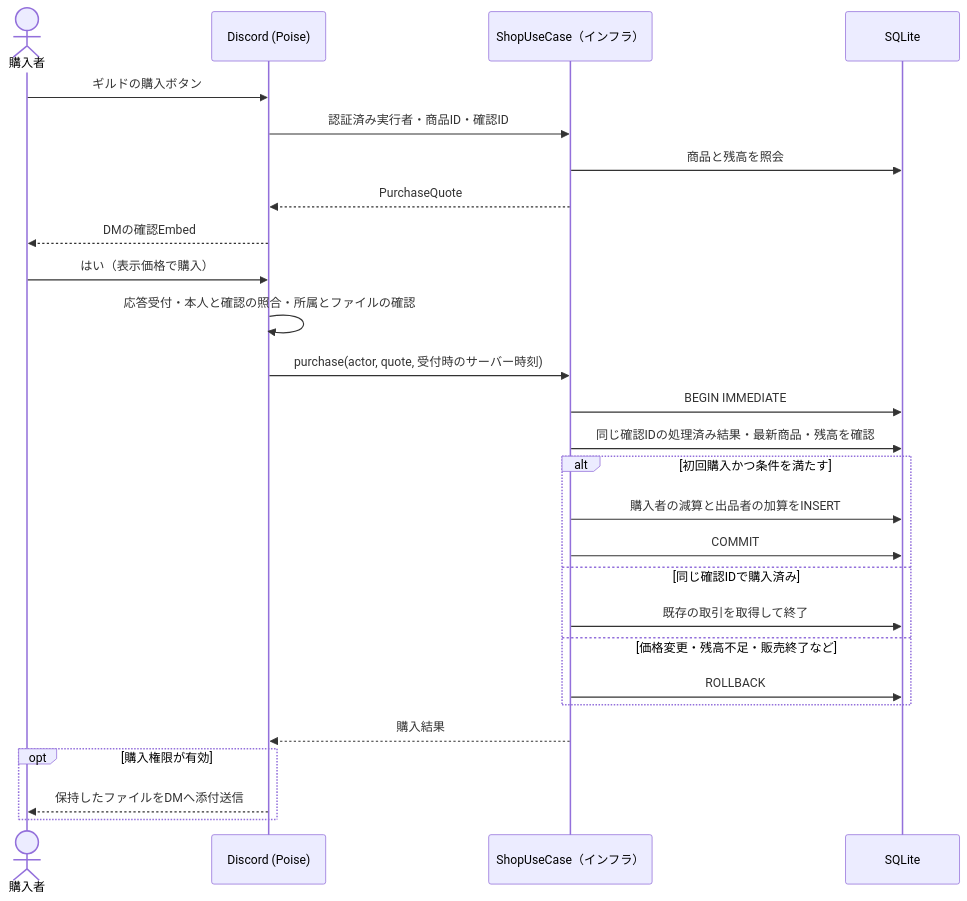
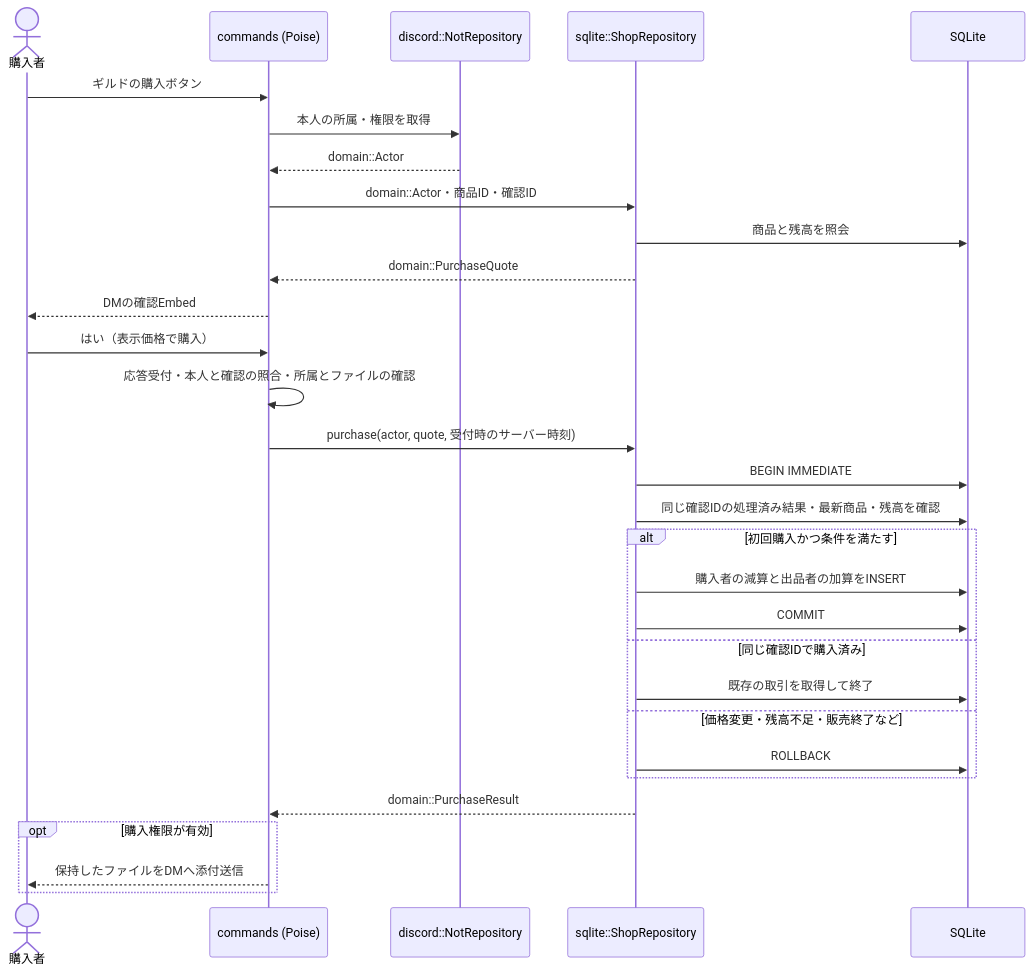
Before and after one commit to segfau-yama/NotBot: the diagram in design/CONTENT.md, drawn with Mermaid. The commit also changed other lines of this file and 34 other files, not shown here.

````diff
--- a/design/CONTENT.md
+++ b/design/CONTENT.md
@@ -98,29 +98,32 @@
 ```mermaid
 sequenceDiagram
     actor 購入者
-    participant Discord as Discord (Poise)
-    participant UseCase as ShopUseCase（インフラ）
+    participant Discord as commands (Poise)
+    participant Source as discord::NotRepository
+    participant Repository as sqlite::ShopRepository
     participant DB as SQLite
     購入者->>Discord: ギルドの購入ボタン
-    Discord->>UseCase: 認証済み実行者・商品ID・確認ID
-    UseCase->>DB: 商品と残高を照会
-    UseCase-->>Discord: PurchaseQuote
+    Discord->>Source: 本人の所属・権限を取得
+    Source-->>Discord: domain::Actor
+    Discord->>Repository: domain::Actor・商品ID・確認ID
+    Repository->>DB: 商品と残高を照会
+    Repository-->>Discord: domain::PurchaseQuote
     Discord-->>購入者: DMの確認Embed
     購入者->>Discord: はい（表示価格で購入）
     Discord->>Discord: 応答受付・本人と確認の照合・所属とファイルの確認
-    Discord->>UseCase: purchase(actor, quote, 受付時のサーバー時刻)
-    UseCase->>DB: BEGIN IMMEDIATE
-    UseCase->>DB: 同じ確認IDの処理済み結果・最新商品・残高を確認
+    Discord->>Repository: purchase(actor, quote, 受付時のサーバー時刻)
+    Repository->>DB: BEGIN IMMEDIATE
+    Repository->>DB: 同じ確認IDの処理済み結果・最新商品・残高を確認
     alt 初回購入かつ条件を満たす
-        UseCase->>DB: 購入者の減算と出品者の加算をINSERT
-        UseCase->>DB: COMMIT
+        Repository->>DB: 購入者の減算と出品者の加算をINSERT
+        Repository->>DB: COMMIT
     else 同じ確認IDで購入済み
-        UseCase->>DB: 既存の取引を取得して終了
+        Repository->>DB: 既存の取引を取得して終了
     else 価格変更・残高不足・販売終了など
-        UseCase->>DB: ROLLBACK
+        Repository->>DB: ROLLBACK
     end
-    UseCase-->>Discord: 購入結果
+    Repository-->>Discord: domain::PurchaseResult
     opt 購入権限が有効
         Discord-->>購入者: 保持したファイルをDMへ添付送信
     end
 ```
````
